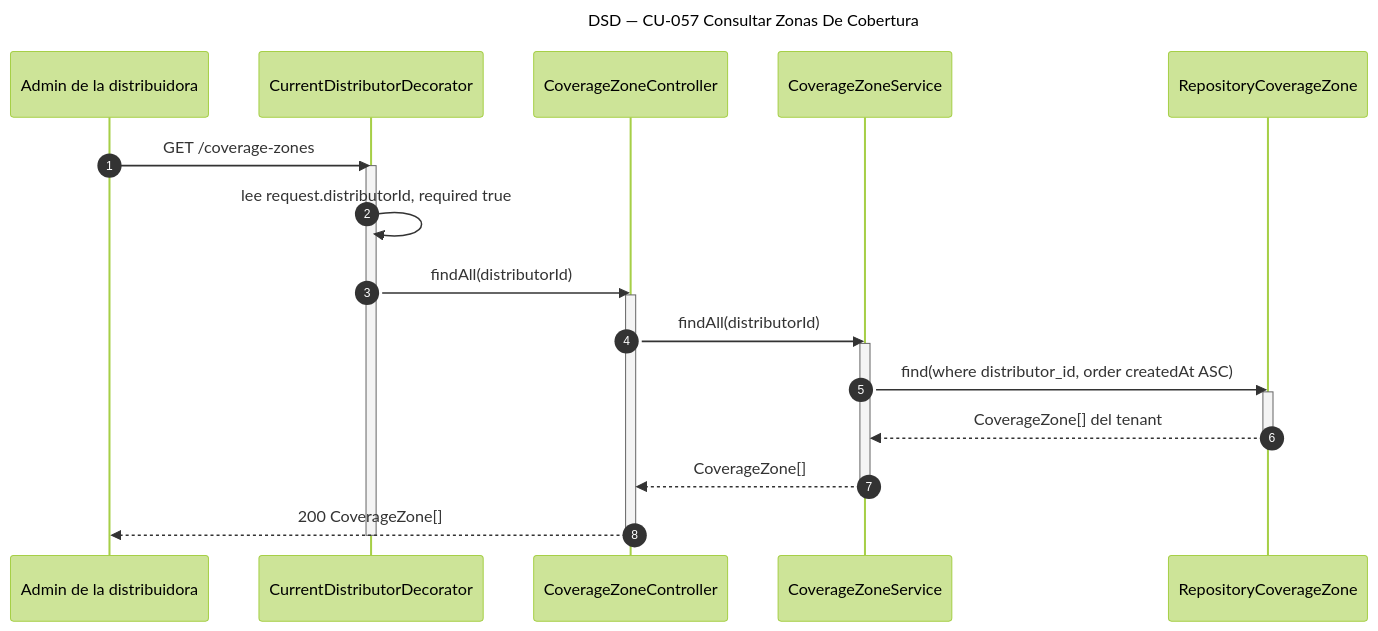
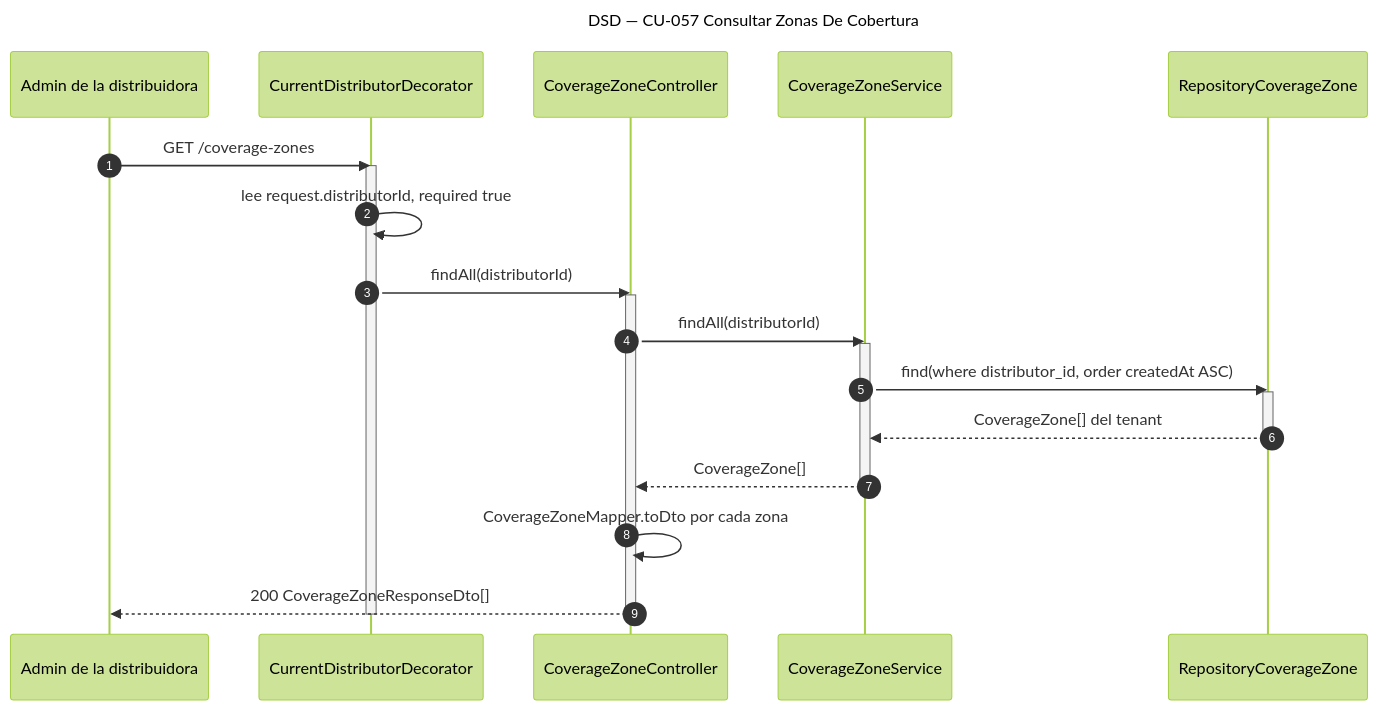
One commit to Nahuelito-Dev/splg-docs changed the diagram in diagramas/DSD_CU-057_Consultar-Zonas-De-Cobertura.mmd. Above: the diagram before and after it, drawn with Mermaid (forest theme). The commit also changed 3 other files, not shown here.

Commit message:
docs(dsd): zonas con CoverageZoneResponseDto

```diff
--- a/diagramas/DSD_CU-057_Consultar-Zonas-De-Cobertura.mmd
+++ b/diagramas/DSD_CU-057_Consultar-Zonas-De-Cobertura.mmd
@@ -1,25 +1,26 @@
 sequenceDiagram
     title DSD — CU-057 Consultar Zonas De Cobertura
     autonumber
     participant ADM as Admin de la distribuidora
     participant DEC as CurrentDistributorDecorator
     participant CTRL as CoverageZoneController
     participant SRV as CoverageZoneService
     participant REPO as RepositoryCoverageZone
 
     ADM->>DEC: GET /coverage-zones
     activate DEC
     DEC->>DEC: lee request.distributorId, required true
     DEC->>CTRL: findAll(distributorId)
     activate CTRL
     CTRL->>SRV: findAll(distributorId)
     activate SRV
     SRV->>REPO: find(where distributor_id, order createdAt ASC)
     activate REPO
     REPO-->>SRV: CoverageZone[] del tenant
     deactivate REPO
     SRV-->>CTRL: CoverageZone[]
     deactivate SRV
-    CTRL-->>ADM: 200 CoverageZone[]
+    CTRL->>CTRL: CoverageZoneMapper.toDto por cada zona
+    CTRL-->>ADM: 200 CoverageZoneResponseDto[]
     deactivate CTRL
     deactivate DEC
```
